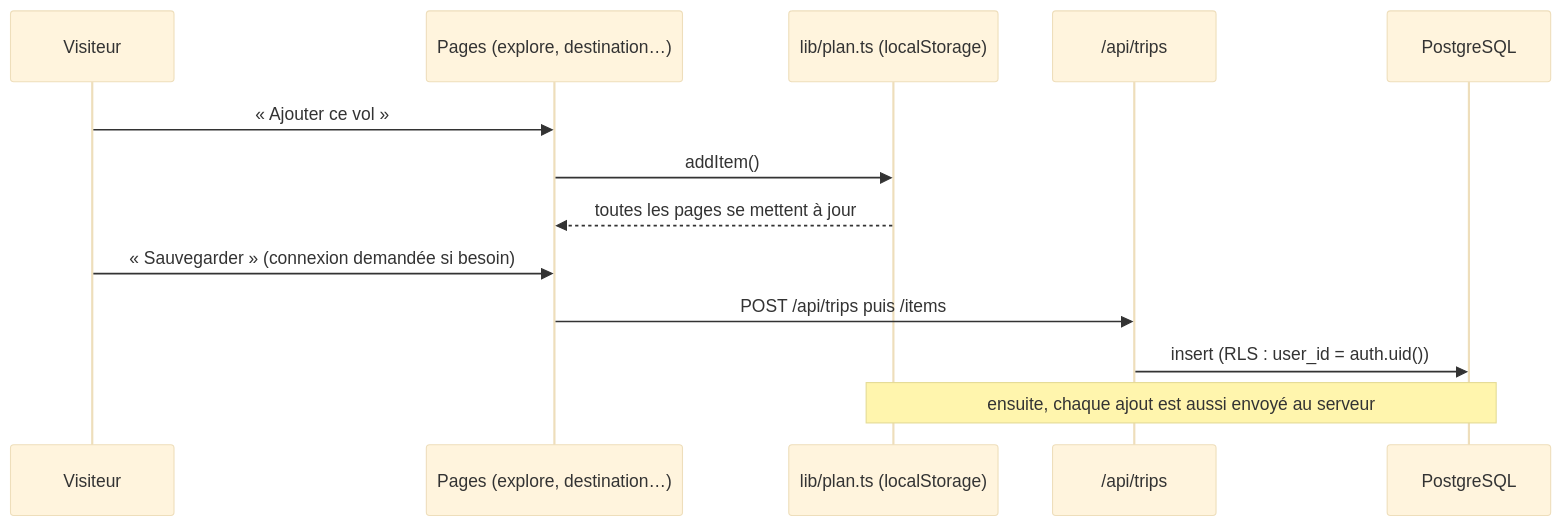
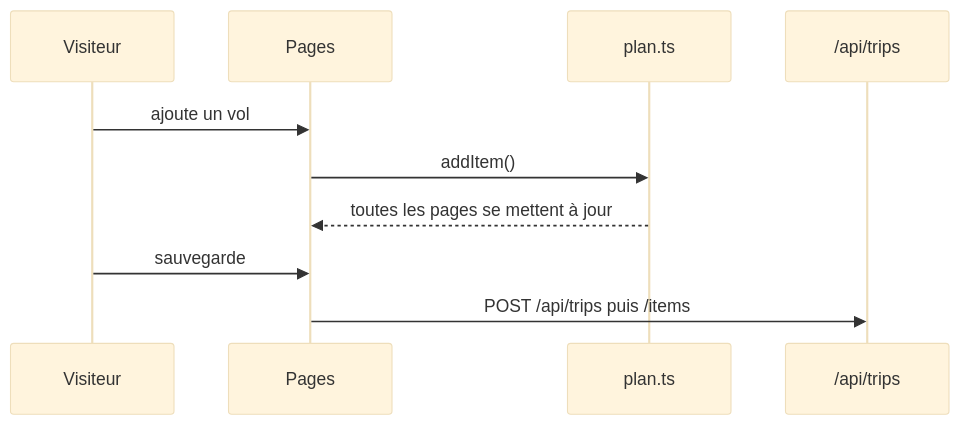
The second of 4 diagrams in docs/ARCHITECTURE.md (Othmanebke/O-Flyes), drawn with Mermaid (base theme) before and after one commit. The commit also changed other lines of this file and 3 other files, not shown here.

````diff
--- a/docs/ARCHITECTURE.md
+++ b/docs/ARCHITECTURE.md
@@ -85,15 +79,12 @@
 ```mermaid
 sequenceDiagram
     participant V as Visiteur
-    participant P as Pages (explore, destination…)
-    participant S as lib/plan.ts (localStorage)
+    participant P as Pages
+    participant S as plan.ts
     participant API as /api/trips
-    participant DB as PostgreSQL
-    V->>P: « Ajouter ce vol »
+    V->>P: ajoute un vol
     P->>S: addItem()
     S-->>P: toutes les pages se mettent à jour
-    V->>P: « Sauvegarder » (connexion demandée si besoin)
+    V->>P: sauvegarde
     P->>API: POST /api/trips puis /items
-    API->>DB: insert (RLS : user_id = auth.uid())
-    Note over S,DB: ensuite, chaque ajout est aussi envoyé au serveur
 ```
````
